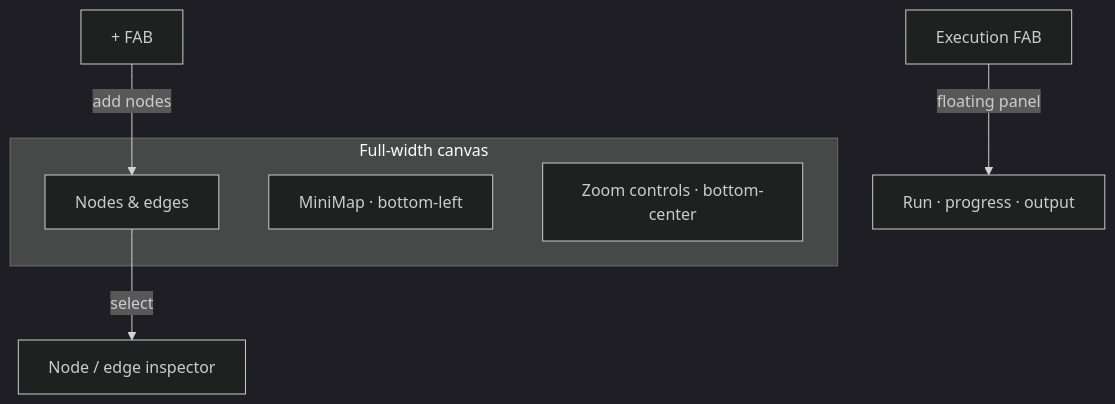
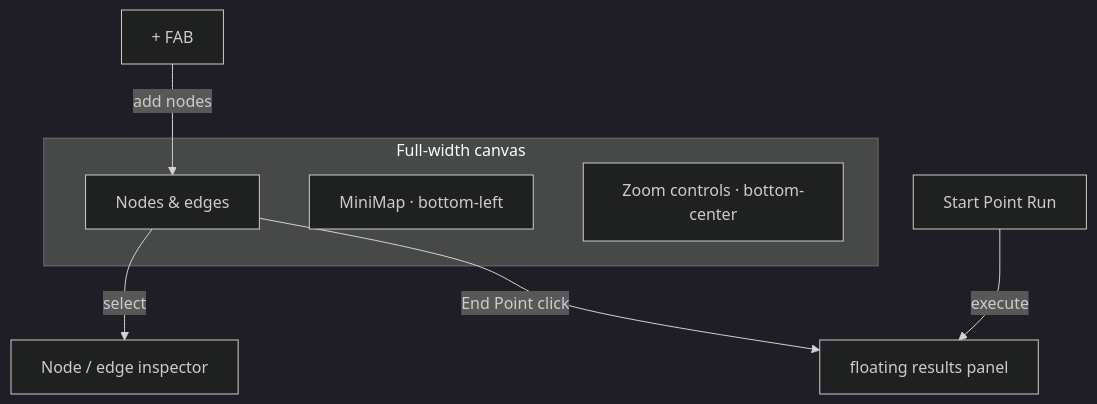
One commit to sumin-ma-1/operate-ai changed the third of 3 diagrams in README.md. Above: the diagram before and after it, drawn with Mermaid (dark theme). The commit also changed other lines of this file and 13 other files, not shown here.

````diff
--- a/README.md
+++ b/README.md
@@ -63,12 +63,13 @@
 ```mermaid
 flowchart TB
   subgraph Canvas["Full-width canvas"]
     N[Nodes & edges]
     MM[MiniMap · bottom-left]
     ZM[Zoom controls · bottom-center]
   end
 
   Add["+ FAB"] -->|add nodes| N
-  Wand["Execution FAB"] -->|floating panel| Run[Run · progress · output]
+  Start["Start Point Run"] -->|execute| Panel[floating results panel]
   N -->|select| Insp[Node / edge inspector]
+  N -->|End Point click| Panel
 ```
````
